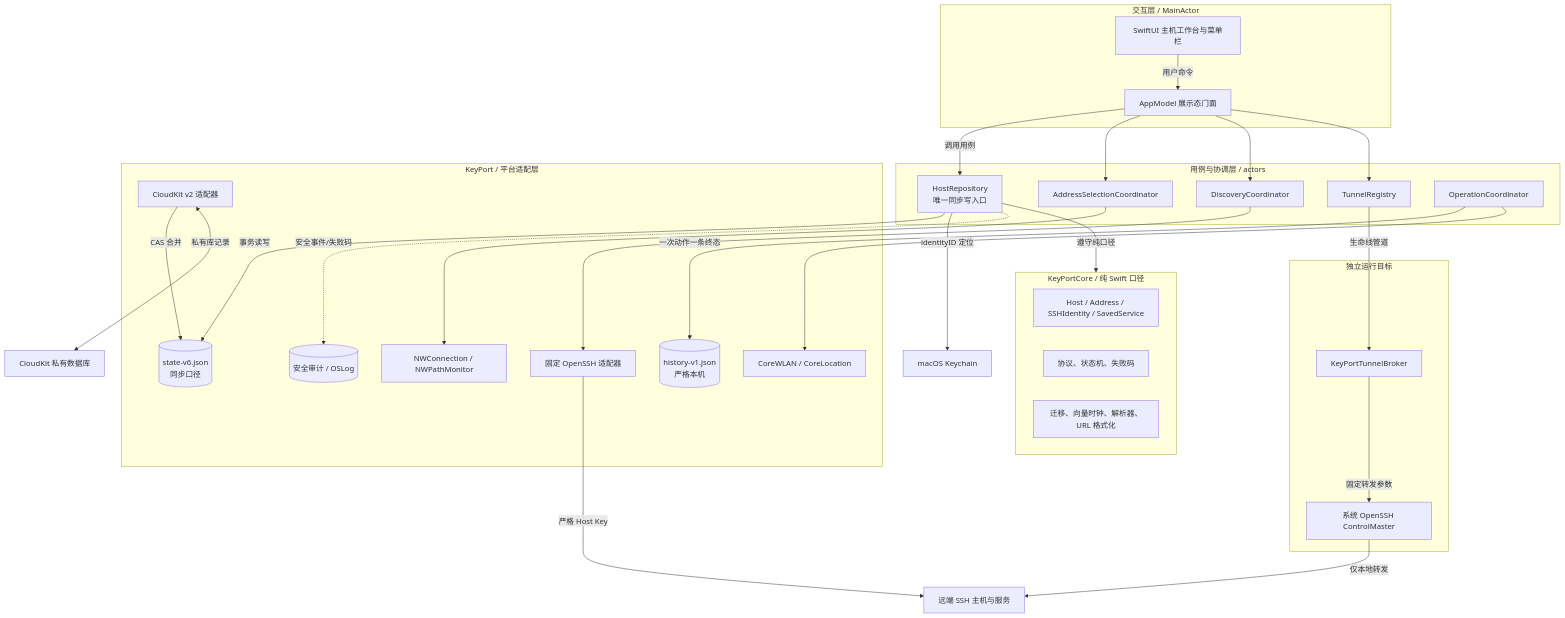
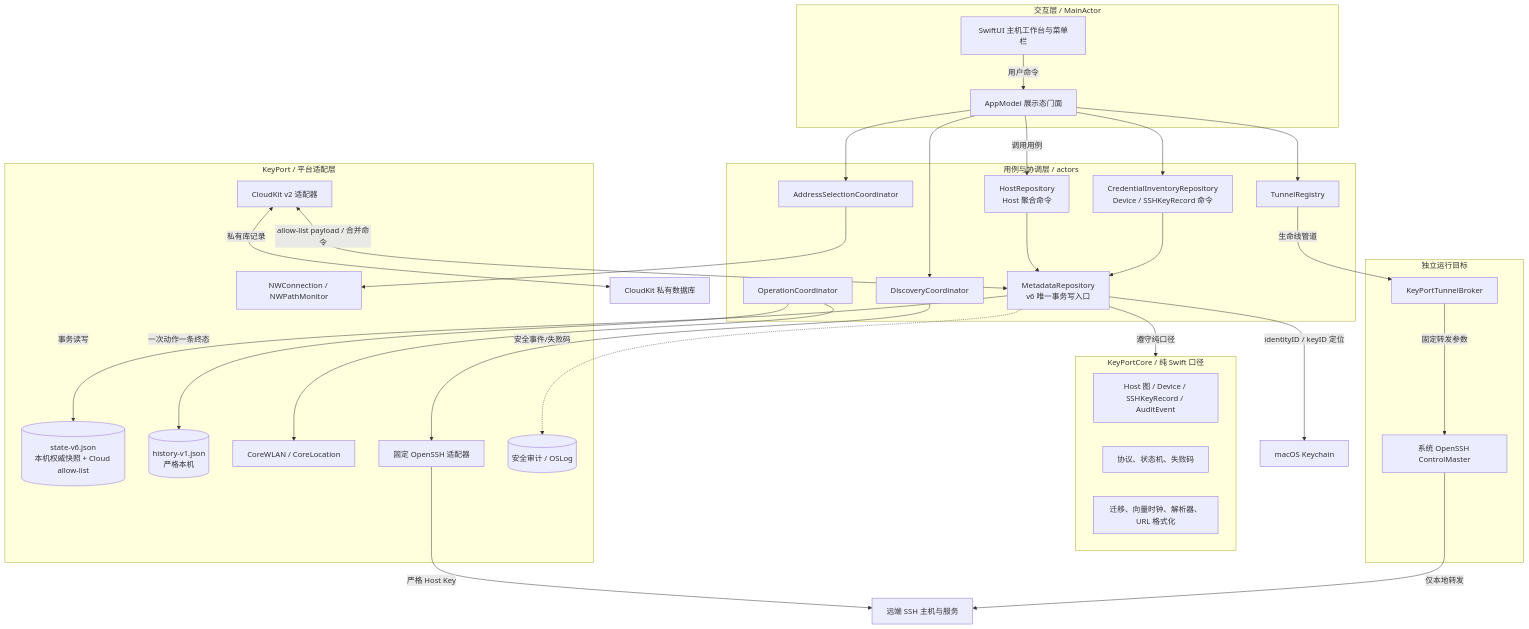
The first of 4 diagrams in Docs/Design/JODER-10/host-workbench-architecture.md (jihtsan/key-port), drawn with Mermaid before and after one commit. The commit also changed other lines of this file and 2 other files, not shown here.

Commit message:
docs: close host workbench review blockers

````diff
--- a/Docs/Design/JODER-10/host-workbench-architecture.md
+++ b/Docs/Design/JODER-10/host-workbench-architecture.md
@@ -75,60 +85,65 @@
 ```mermaid
 flowchart TB
     subgraph UI["交互层 / MainActor"]
         Views["SwiftUI 主机工作台与菜单栏"]
         AppFacade["AppModel 展示态门面"]
     end
 
     subgraph UC["用例与协调层 / actors"]
-        HostRepo["HostRepository\n唯一同步写入口"]
+        MetadataRepo["MetadataRepository\nv6 唯一事务写入口"]
+        HostRepo["HostRepository\nHost 聚合命令"]
+        CredentialRepo["CredentialInventoryRepository\nDevice / SSHKeyRecord 命令"]
         AddressCoord["AddressSelectionCoordinator"]
         DiscoveryCoord["DiscoveryCoordinator"]
         TunnelRegistry["TunnelRegistry"]
         OperationCoord["OperationCoordinator"]
     end
 
     subgraph Core["KeyPortCore / 纯 Swift 口径"]
-        Domain["Host / Address / SSHIdentity / SavedService"]
+        Domain["Host 图 / Device / SSHKeyRecord / AuditEvent"]
         Contracts["协议、状态机、失败码"]
         PureLogic["迁移、向量时钟、解析器、URL 格式化"]
     end
 
     subgraph Platform["KeyPort / 平台适配层"]
-        SyncedStore[("state-v6.json\n同步口径")]
+        SyncedStore[("state-v6.json\n本机权威快照 + Cloud allow-list")]
         HistoryStore[("history-v1.json\n严格本机")]
         CloudAdapter["CloudKit v2 适配器"]
         NetworkAdapter["NWConnection / NWPathMonitor"]
         HintAdapter["CoreWLAN / CoreLocation"]
         SSHAdapter["固定 OpenSSH 适配器"]
         AuditAdapter[("安全审计 / OSLog")]
     end
 
     subgraph Broker["独立运行目标"]
         TunnelBroker["KeyPortTunnelBroker"]
         OpenSSH["系统 OpenSSH ControlMaster"]
     end
 
     External["远端 SSH 主机与服务"]
     Keychain["macOS Keychain"]
     PrivateCloud["CloudKit 私有数据库"]
 
     Views -->|"用户命令"| AppFacade
     AppFacade -->|"调用用例"| HostRepo
+    AppFacade --> CredentialRepo
     AppFacade --> AddressCoord
     AppFacade --> DiscoveryCoord
     AppFacade --> TunnelRegistry
     OperationCoord -->|"一次动作一条终态"| HistoryStore
-    HostRepo -->|"事务读写"| SyncedStore
-    HostRepo -->|"遵守纯口径"| Core
-    CloudAdapter -->|"CAS 合并"| SyncedStore
+    HostRepo --> MetadataRepo
+    CredentialRepo --> MetadataRepo
+    MetadataRepo -->|"事务读写"| SyncedStore
+    MetadataRepo -->|"遵守纯口径"| Core
+    CloudAdapter <-->|"allow-list payload / 合并命令"| MetadataRepo
     CloudAdapter <-->|"私有库记录"| PrivateCloud
     AddressCoord --> NetworkAdapter
     OperationCoord --> HintAdapter
     DiscoveryCoord --> SSHAdapter
     TunnelRegistry -->|"生命线管道"| TunnelBroker
     TunnelBroker -->|"固定转发参数"| OpenSSH
     SSHAdapter -->|"严格 Host Key"| External
     OpenSSH -->|"仅本地转发"| External
-    HostRepo -->|"identityID 定位"| Keychain
-    HostRepo -.->|"安全事件/失败码"| AuditAdapter
+    MetadataRepo -->|"identityID / keyID 定位"| Keychain
+    MetadataRepo -.->|"安全事件/失败码"| AuditAdapter
 ```
````
